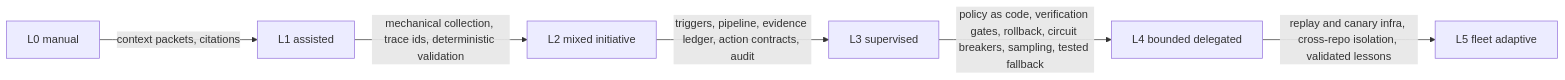
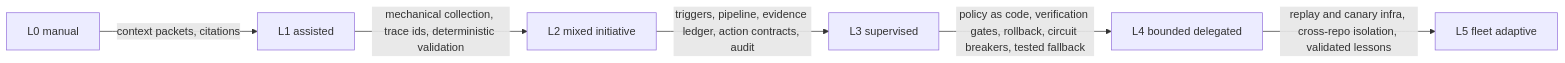
The diagram in doc/planning/concepts/software-delivery-autonomy.md (juliusz-cwiakalski/agentic-delivery-os), drawn with Mermaid before and after one commit. The commit also changed other lines of this file and 1 other file, not shown here.

````diff
--- a/doc/planning/concepts/software-delivery-autonomy.md
+++ b/doc/planning/concepts/software-delivery-autonomy.md
@@ -31,8 +30,8 @@
 ```mermaid
 flowchart LR
     L0[L0 manual] -->|"context packets, citations"| L1[L1 assisted]
     L1 -->|"mechanical collection, trace ids, deterministic validation"| L2[L2 mixed initiative]
     L2 -->|"triggers, pipeline, evidence ledger, action contracts, audit"| L3[L3 supervised]
-    L3 -->|"policy as code, verification gates, rollback, circuit breakers, sampling, tested fallback"| L4[L4 bounded delegated]
+    L3 -->|"policy as code, verification gates, rollback, circuit breakers, tested fallback"| L4[L4 bounded delegated]
     L4 -->|"replay and canary infra, cross-repo isolation, validated lessons"| L5[L5 fleet adaptive]
 ```
````
